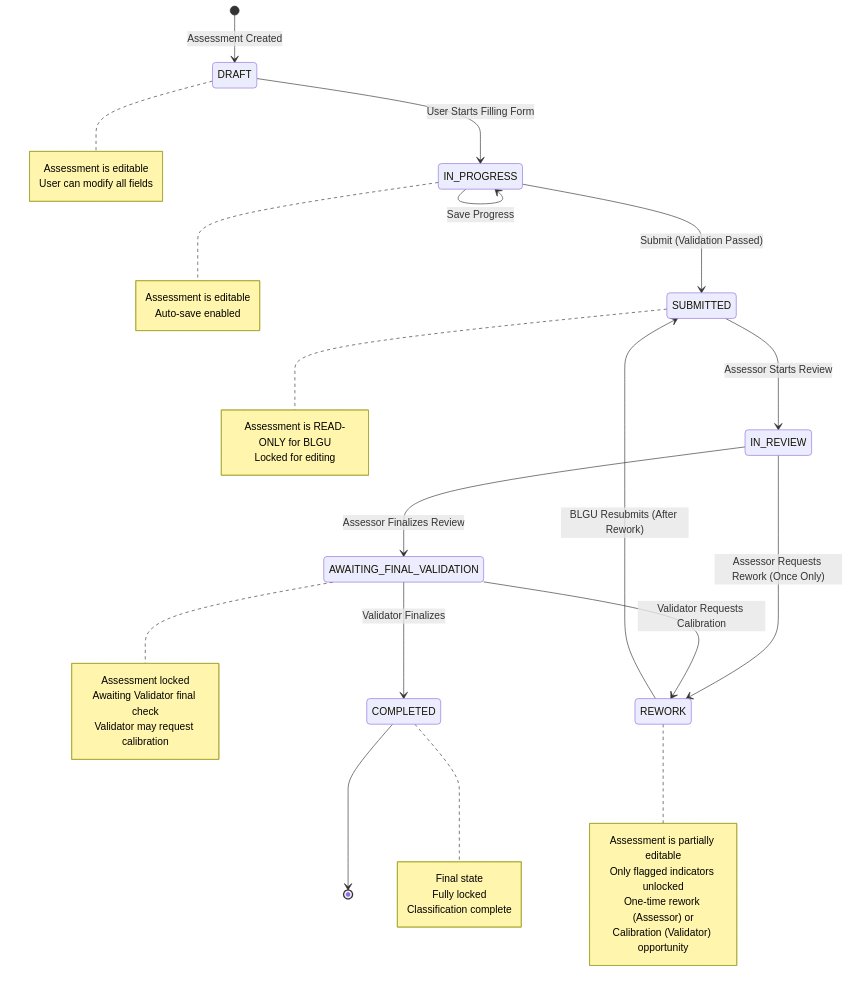
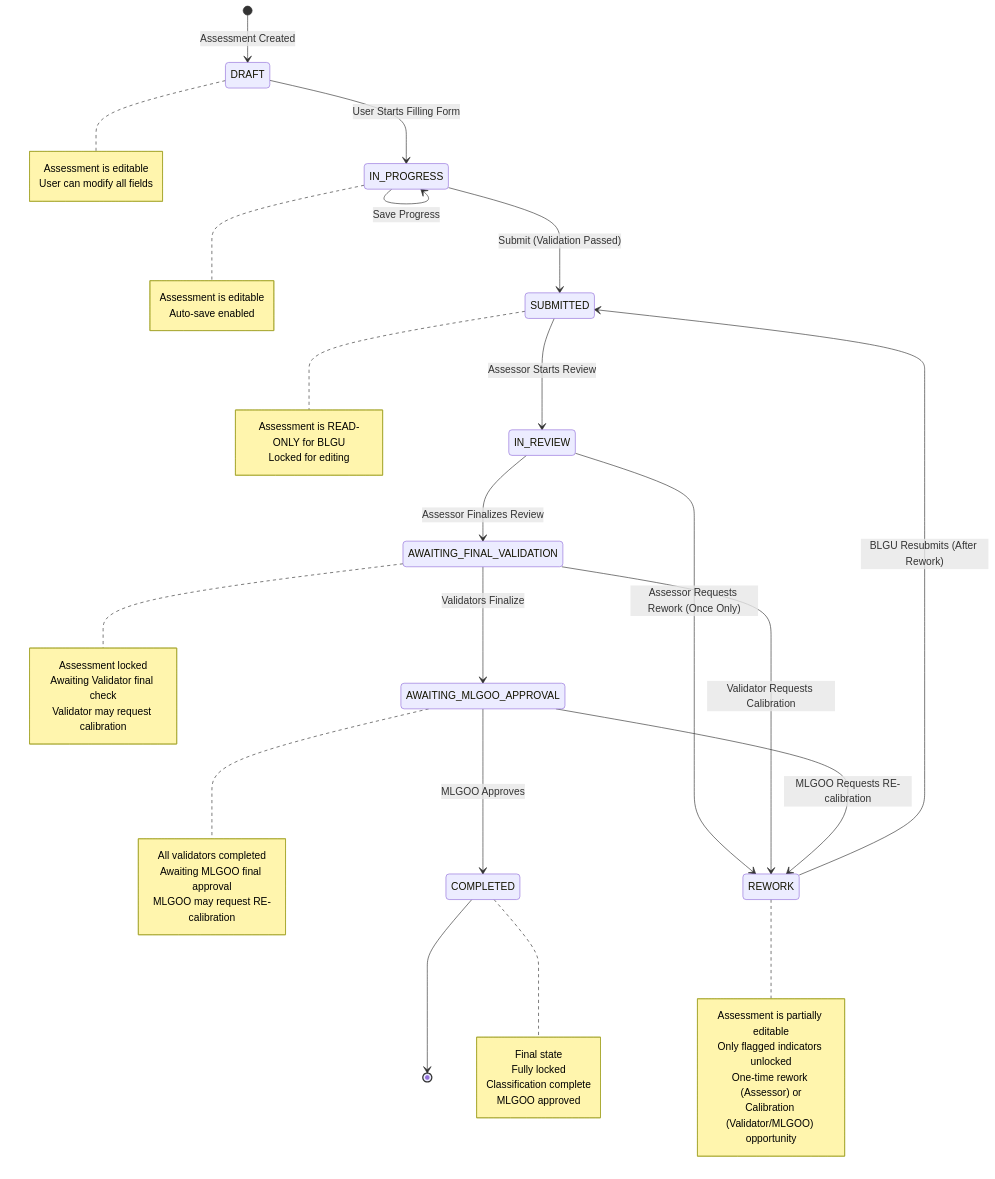
The second of 3 diagrams in docs/workflows/blgu-assessment.md (generyand/sinag), drawn with Mermaid before and after one commit. The commit also changed other lines of this file and 9 other files, not shown here.

````diff
--- a/docs/workflows/blgu-assessment.md
+++ b/docs/workflows/blgu-assessment.md
@@ -83,54 +84,64 @@
 ```mermaid
 stateDiagram-v2
     [*] --> DRAFT: Assessment Created
 
     DRAFT --> IN_PROGRESS: User Starts Filling Form
     IN_PROGRESS --> IN_PROGRESS: Save Progress
     IN_PROGRESS --> SUBMITTED: Submit (Validation Passed)
 
     SUBMITTED --> IN_REVIEW: Assessor Starts Review
 
     IN_REVIEW --> REWORK: Assessor Requests Rework (Once Only)
     IN_REVIEW --> AWAITING_FINAL_VALIDATION: Assessor Finalizes Review
 
     REWORK --> SUBMITTED: BLGU Resubmits (After Rework)
 
     AWAITING_FINAL_VALIDATION --> REWORK: Validator Requests Calibration
-    AWAITING_FINAL_VALIDATION --> COMPLETED: Validator Finalizes
+    AWAITING_FINAL_VALIDATION --> AWAITING_MLGOO_APPROVAL: Validators Finalize
+
+    AWAITING_MLGOO_APPROVAL --> REWORK: MLGOO Requests RE-calibration
+    AWAITING_MLGOO_APPROVAL --> COMPLETED: MLGOO Approves
 
     COMPLETED --> [*]
 
     note right of DRAFT
         Assessment is editable
         User can modify all fields
     end note
 
     note right of IN_PROGRESS
         Assessment is editable
         Auto-save enabled
     end note
 
     note right of SUBMITTED
         Assessment is READ-ONLY for BLGU
         Locked for editing
     end note
 
     note right of REWORK
         Assessment is partially editable
         Only flagged indicators unlocked
         One-time rework (Assessor) or
-        Calibration (Validator) opportunity
+        Calibration (Validator/MLGOO) opportunity
     end note
 
     note right of AWAITING_FINAL_VALIDATION
         Assessment locked
         Awaiting Validator final check
         Validator may request calibration
     end note
 
+    note right of AWAITING_MLGOO_APPROVAL
+        All validators completed
+        Awaiting MLGOO final approval
+        MLGOO may request RE-calibration
+    end note
+
     note right of COMPLETED
         Final state
         Fully locked
         Classification complete
+        MLGOO approved
     end note
 ```
````
